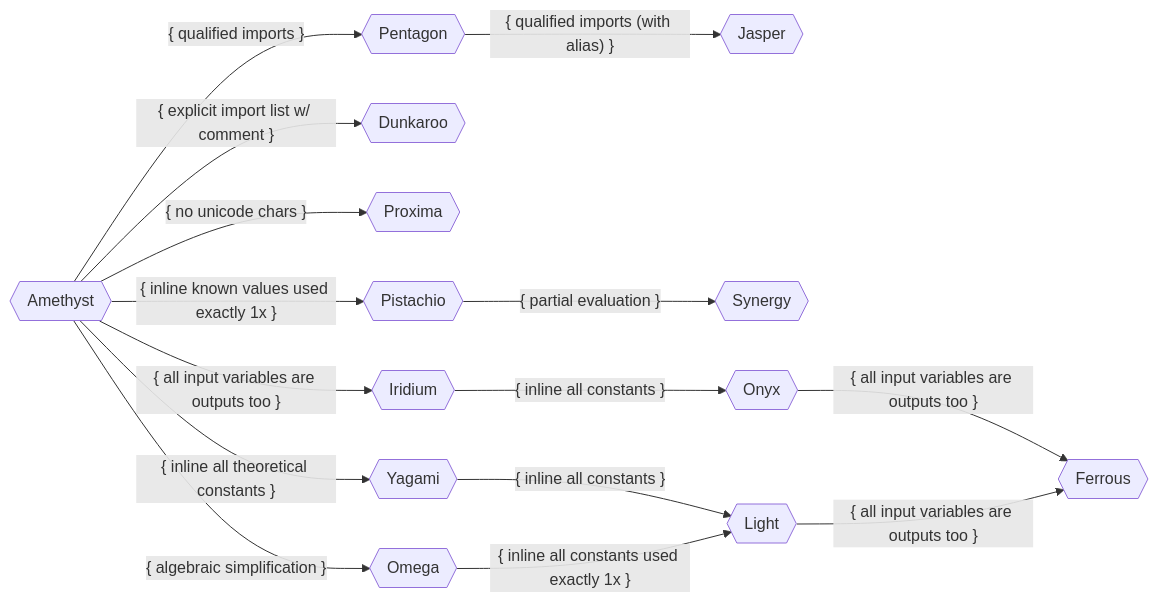
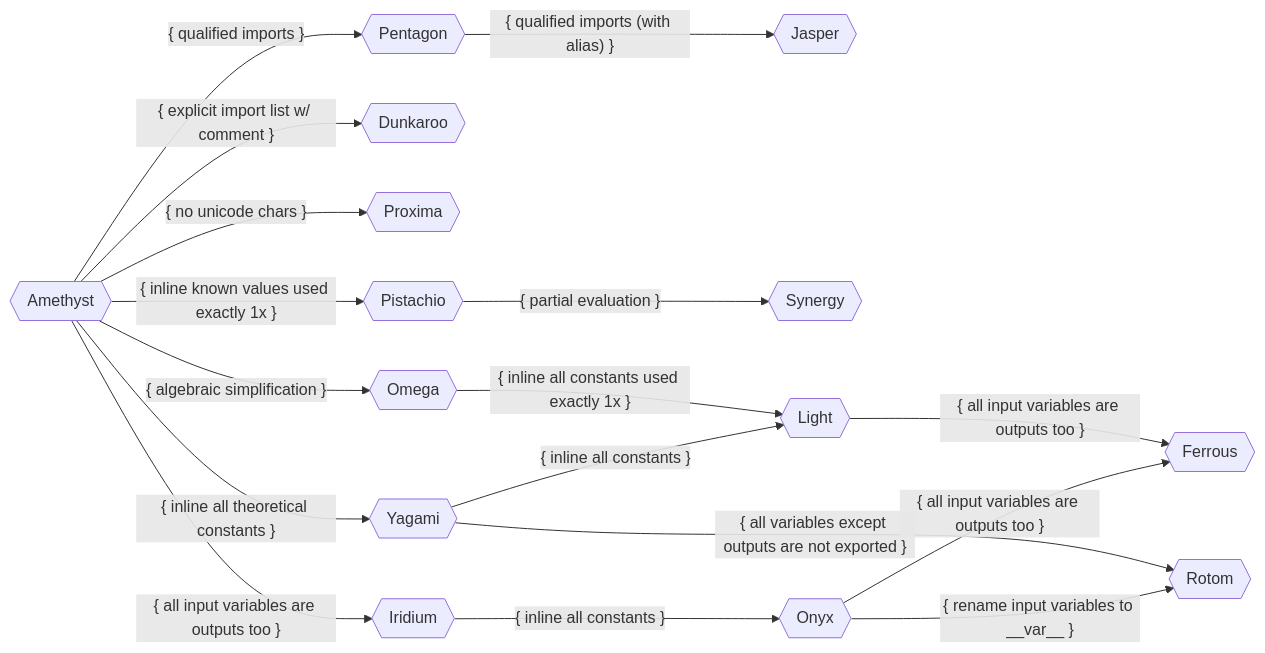
Before and after one commit to DrasilOrg/Notes: the diagram in human-readable code/New Variants.md, drawn with Mermaid. The commit also changed other lines of this file, not shown here.

Commit message:
New Variants: Rotom

````diff
--- a/human-readable code/New Variants.md
+++ b/human-readable code/New Variants.md
@@ -61,21 +61,23 @@
 ```mermaid
 flowchart LR
     amethyst{{Amethyst}} 
     
     amethyst -- { qualified imports } --> pentagon{{Pentagon}}
     pentagon -- { qualified imports (with alias) } --> jasper{{Jasper}}
     amethyst -- { explicit import list w/ comment } --> dunkaroo{{Dunkaroo}}
 
     amethyst -- { no unicode chars } --> proxima{{Proxima}}
 
     amethyst -- { inline known values used exactly 1x } --> pistachio{{Pistachio}}
     pistachio -- { partial evaluation } --> synergy{{Synergy}}
     amethyst -- { inline all theoretical constants } --> yagami{{Yagami}}
     yagami -- { inline all constants } --> light{{Light}}
     amethyst -- { algebraic simplification } --> omega{{Omega}}
     omega -- { inline all constants used exactly 1x } --> light
     amethyst -- { all input variables are outputs too } --> iridium{{Iridium}}
     iridium -- { inline all constants } --> onyx{{Onyx}}
     onyx -- { all input variables are outputs too } --> ferrous{{Ferrous}}
     light -- { all input variables are outputs too } --> ferrous
+    onyx -- { rename input variables to __var__ } --> rotom{{Rotom}}
+    yagami -- { all variables except outputs are not exported } --> rotom
 ```
````
